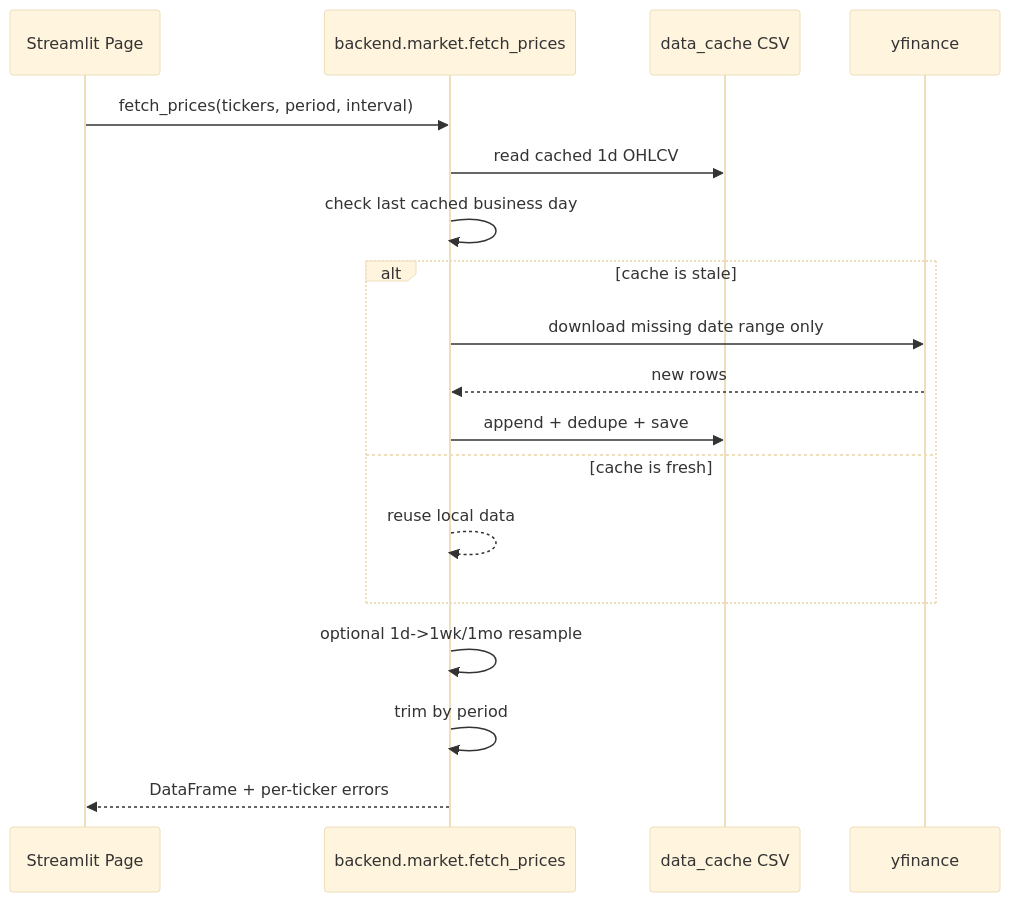
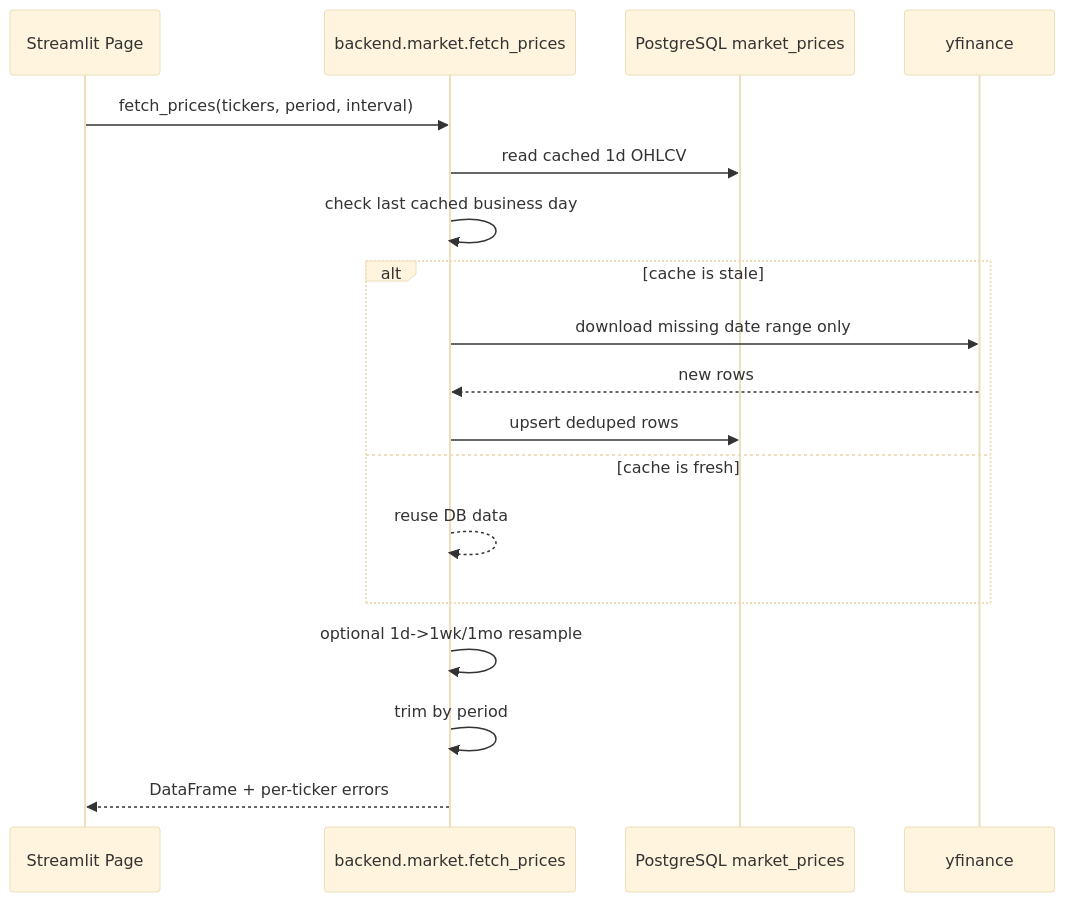
One commit to Anant1213/Invest_helper changed the second of 3 diagrams in README.md. Above: the diagram before and after it, drawn with Mermaid (base theme). The commit also changed other lines of this file and 18 other files, not shown here.

````diff
--- a/README.md
+++ b/README.md
@@ -66,21 +70,21 @@
 ```mermaid
 sequenceDiagram
   participant UI as Streamlit Page
   participant MK as backend.market.fetch_prices
-  participant CSV as data_cache CSV
+  participant DB as PostgreSQL market_prices
   participant YF as yfinance
 
   UI->>MK: fetch_prices(tickers, period, interval)
-  MK->>CSV: read cached 1d OHLCV
+  MK->>DB: read cached 1d OHLCV
   MK->>MK: check last cached business day
   alt cache is stale
     MK->>YF: download missing date range only
     YF-->>MK: new rows
-    MK->>CSV: append + dedupe + save
+    MK->>DB: upsert deduped rows
   else cache is fresh
-    MK-->>MK: reuse local data
+    MK-->>MK: reuse DB data
   end
   MK->>MK: optional 1d->1wk/1mo resample
   MK->>MK: trim by period
   MK-->>UI: DataFrame + per-ticker errors
 ```
````
